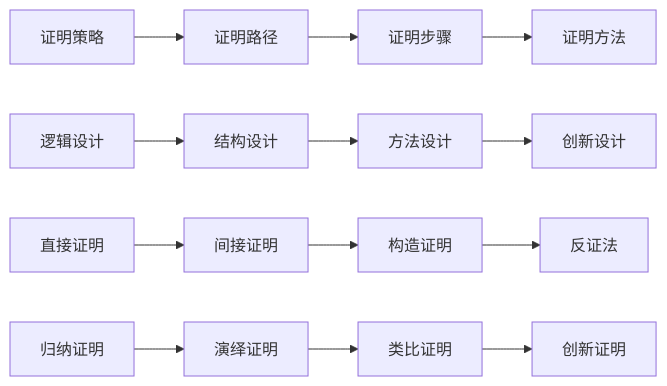
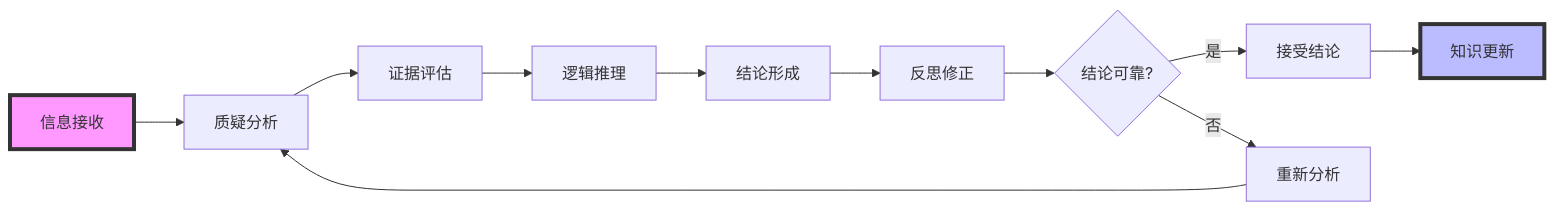
Before and after one commit to AdaMartin18010/SeniorMath: the seventh of 10 diagrams in mindmaps/flow-charts/数学思维流程图.md, drawn with Mermaid. The commit also changed other lines of this file and 36 other files, not shown here.

````diff
--- a/mindmaps/flow-charts/数学思维流程图.md
+++ b/mindmaps/flow-charts/数学思维流程图.md
@@ -252,18 +235,18 @@
 ```mermaid
 graph LR
-    A1[证明策略] --> A2[证明路径]
-    A2 --> A3[证明步骤]
-    A3 --> A4[证明方法]
+    A[信息接收] --> B[质疑分析]
+    B --> C[证据评估]
+    C --> D[逻辑推理]
+    D --> E[结论形成]
+    E --> F[反思修正]
     
-    B1[逻辑设计] --> B2[结构设计]
-    B2 --> B3[方法设计]
-    B3 --> B4[创新设计]
+    F --> G{结论可靠?}
+    G -->|是| H[接受结论]
+    G -->|否| I[重新分析]
     
-    C1[直接证明] --> C2[间接证明]
-    C2 --> C3[构造证明]
-    C3 --> C4[反证法]
+    I --> B
+    H --> J[知识更新]
     
-    D1[归纳证明] --> D2[演绎证明]
-    D2 --> D3[类比证明]
-    D3 --> D4[创新证明]
+    style A fill:#f9f,stroke:#333,stroke-width:4px
+    style J fill:#bbf,stroke:#333,stroke-width:4px
 ```
````
